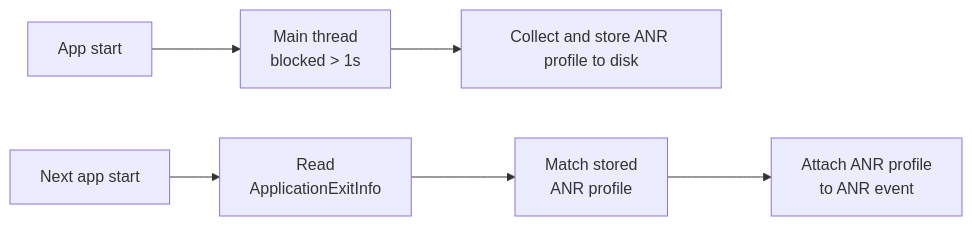
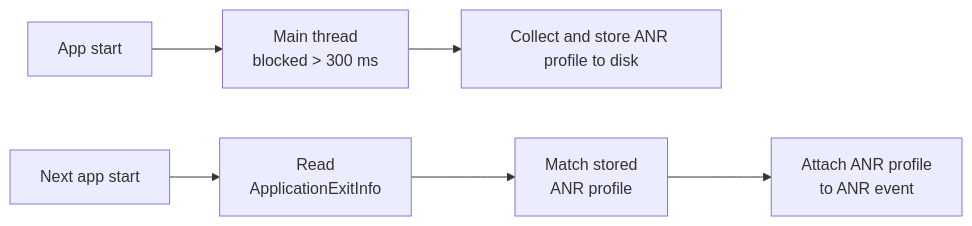
The second of 2 diagrams in docs/platforms/android/configuration/app-not-respond.mdx (getsentry/sentry-docs), drawn with Mermaid before and after one commit. The commit also changed other lines of this file and 1 other file, not shown here.

````diff
--- a/docs/platforms/android/configuration/app-not-respond.mdx
+++ b/docs/platforms/android/configuration/app-not-respond.mdx
@@ -126,6 +285,6 @@
 ```mermaid
 flowchart LR
     A[App start] --> B
-    B[Main thread<br>blocked > 1s] --> C[Collect and store ANR profile to disk]
+    B[Main thread<br>blocked > 300 ms] --> C[Collect and store ANR profile to disk]
     E[Next app start] --> F[Read<br>ApplicationExitInfo] --> G[Match stored<br>ANR profile] --> H[Attach ANR profile<br>to ANR event]
 ```
````
